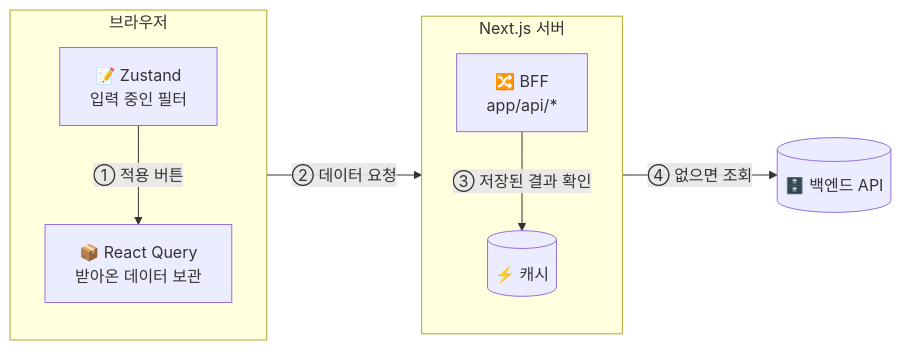
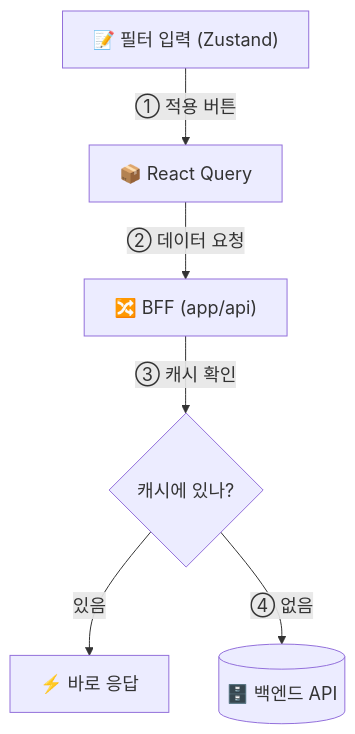
One commit to kyungchan3007/PinHouse_FE changed the second of 8 diagrams in README.md. Above: the diagram before and after it, drawn with Mermaid. The commit also changed other lines of this file, not shown here.

First line of the commit message:
2026-09-14 docs: README 다이어그램 가독성 개선

````diff
--- a/README.md
+++ b/README.md
@@ -132,21 +125,16 @@
 ```mermaid
-flowchart LR
-    subgraph B["브라우저"]
-        direction TB
-        STORE["📝 Zustand<br/>입력 중인 필터"]
-        QUERY["📦 React Query<br/>받아온 데이터 보관"]
-    end
+%%{init: {'themeVariables': {'fontSize': '18px'}}}%%
+flowchart TB
+    A["📝 필터 입력 (Zustand)"]
+    B["📦 React Query"]
+    C["🔀 BFF (app/api)"]
+    D{"캐시에 있나?"}
+    E["⚡ 바로 응답"]
+    F[("🗄️ 백엔드 API")]
 
-    subgraph S["Next.js 서버"]
-        direction TB
-        BFF["🔀 BFF<br/>app/api/*"]
-        CACHE[("⚡ 캐시")]
-    end
-
-    API[("🗄️ 백엔드 API")]
-
-    STORE -->|① 적용 버튼| QUERY
-    QUERY -->|② 데이터 요청| BFF
-    BFF -->|③ 저장된 결과 확인| CACHE
-    BFF -->|④ 없으면 조회| API
+    A -->|"① 적용 버튼"| B
+    B -->|"② 데이터 요청"| C
+    C -->|"③ 캐시 확인"| D
+    D -->|"있음"| E
+    D -->|"④ 없음"| F
 ```
````
